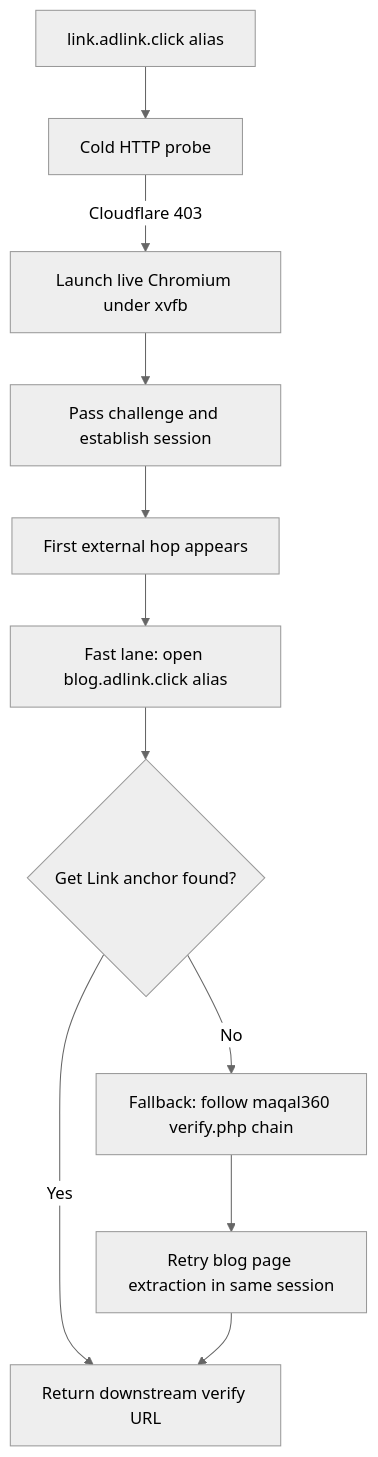
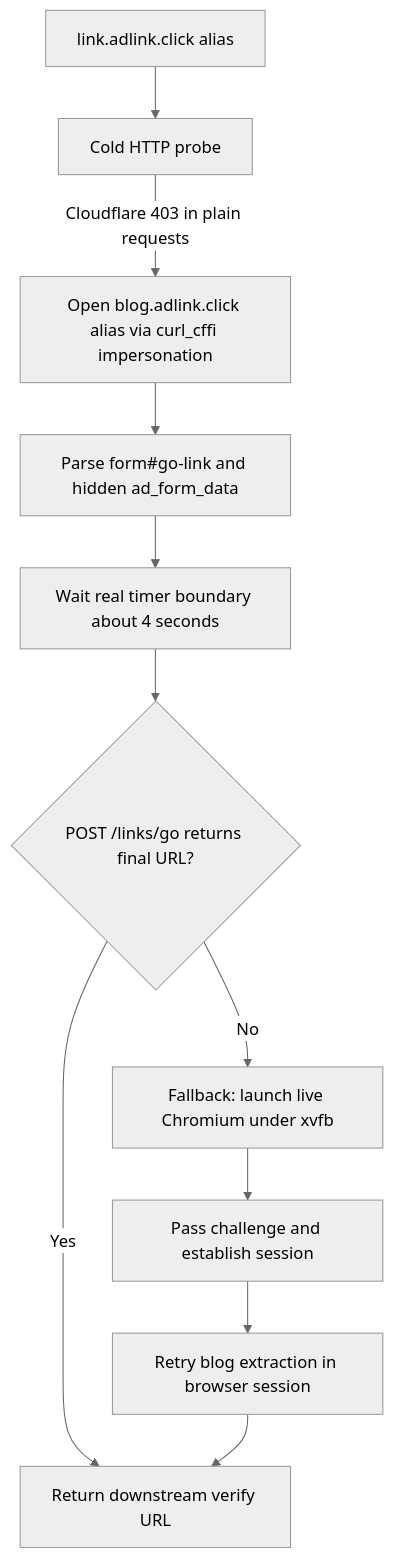
The second of 3 diagrams in docs/FLOWS.md (IndraYuda13/shortlink-bypass-bot), drawn with Mermaid (neutral theme) before and after one commit. The commit also changed other lines of this file and 9 other files, not shown here.

````diff
--- a/docs/FLOWS.md
+++ b/docs/FLOWS.md
@@ -19,13 +20,13 @@
 ```mermaid
 flowchart TD
     A[link.adlink.click alias] --> B[Cold HTTP probe]
-    B -->|Cloudflare 403| C[Launch live Chromium under xvfb]
-    C --> D[Pass challenge and establish session]
-    D --> E[First external hop appears]
-    E --> F[Fast lane: open blog.adlink.click alias]
-    F --> G{Get Link anchor found?}
-    G -->|Yes| H[Return downstream verify URL]
-    G -->|No| I[Fallback: follow maqal360 verify.php chain]
-    I --> J[Retry blog page extraction in same session]
-    J --> H
+    B -->|Cloudflare 403 in plain requests| C[Open blog.adlink.click alias via curl_cffi impersonation]
+    C --> D[Parse form#go-link and hidden ad_form_data]
+    D --> E[Wait real timer boundary about 4 seconds]
+    E --> F{POST /links/go returns final URL?}
+    F -->|Yes| G[Return downstream verify URL]
+    F -->|No| H[Fallback: launch live Chromium under xvfb]
+    H --> I[Pass challenge and establish session]
+    I --> J[Retry blog extraction in browser session]
+    J --> G
 ```
````
